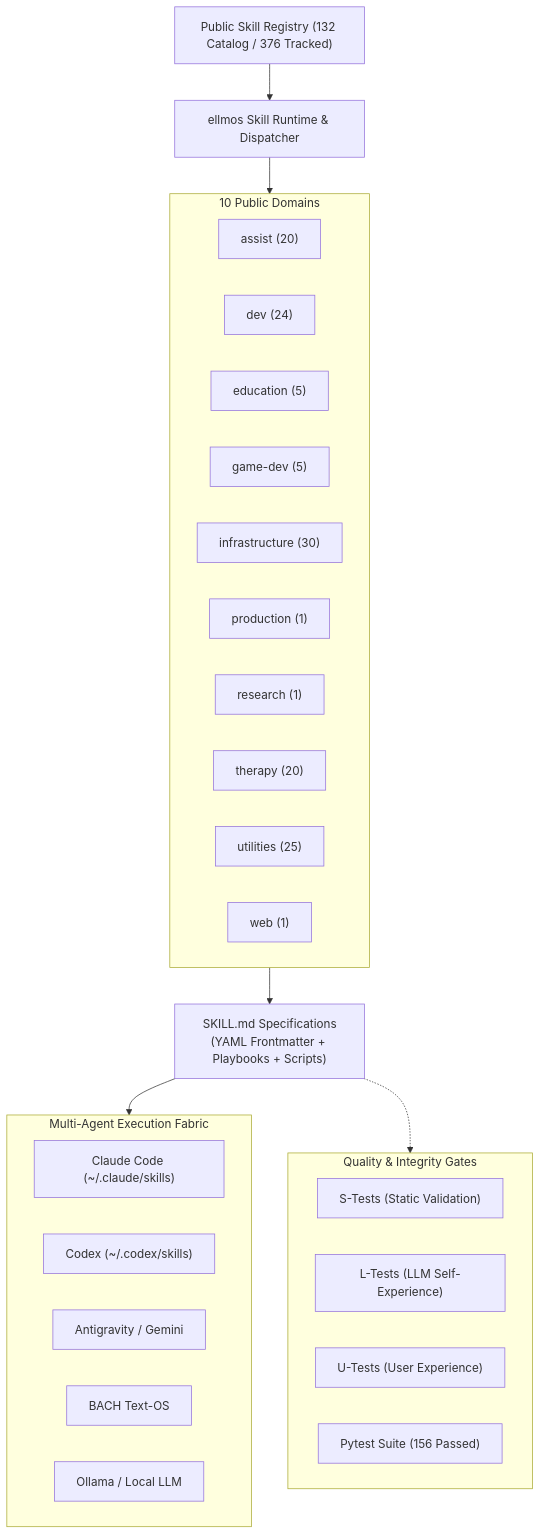
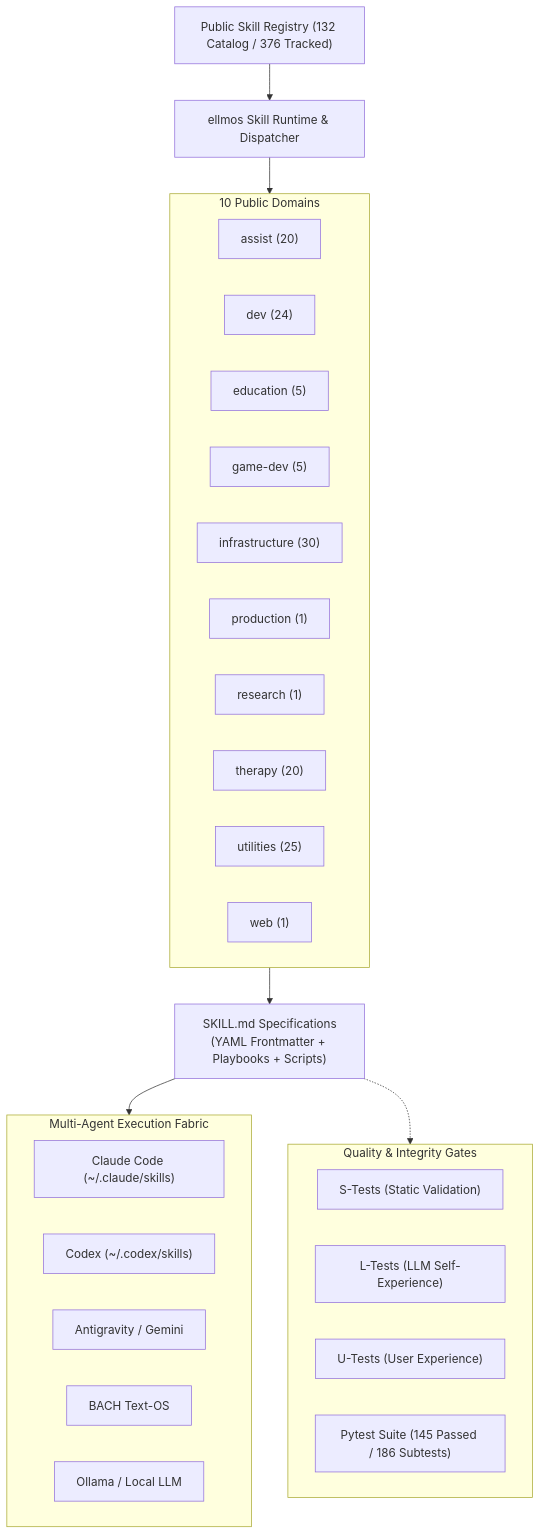
One commit to ellmos-ai/skills changed the first of 2 diagrams in README.md. Above: the diagram before and after it, drawn with Mermaid. The commit also changed other lines of this file and 15 other files, not shown here.

````diff
--- a/README.md
+++ b/README.md
@@ -45,39 +45,39 @@
 ```mermaid
 flowchart TD
     Registry["Public Skill Registry (132 Catalog / 376 Tracked)"] --> Engine["ellmos Skill Runtime & Dispatcher"]
     
     subgraph Catalog ["10 Public Domains"]
         Assist["assist (20)"]
         Dev["dev (24)"]
         Edu["education (5)"]
         Game["game-dev (5)"]
         Infra["infrastructure (30)"]
         Prod["production (1)"]
         Res["research (1)"]
         Therapy["therapy (20)"]
         Utils["utilities (25)"]
         Web["web (1)"]
     end
     
     Engine --> Catalog
     Catalog --> Artifacts["SKILL.md Specifications\n(YAML Frontmatter + Playbooks + Scripts)"]
     
     subgraph MultiAgentRuntimes ["Multi-Agent Execution Fabric"]
         ClaudeCode["Claude Code (~/.claude/skills)"]
         Codex["Codex (~/.codex/skills)"]
         AGY["Antigravity / Gemini"]
         BACH["BACH Text-OS"]
         LocalOllama["Ollama / Local LLM"]
     end
     
     Artifacts --> MultiAgentRuntimes
     
     subgraph QualityGates ["Quality & Integrity Gates"]
         STests["S-Tests (Static Validation)"]
         LTests["L-Tests (LLM Self-Experience)"]
         UTests["U-Tests (User Experience)"]
-        PytestSuite["Pytest Suite (156 Passed)"]
+        PytestSuite["Pytest Suite (145 Passed / 186 Subtests)"]
     end
     
     Artifacts -.-> QualityGates
 ```
````
